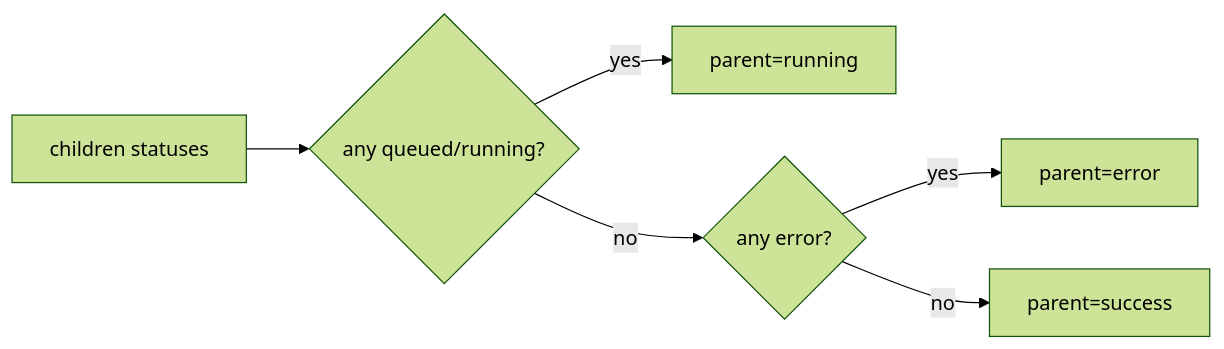
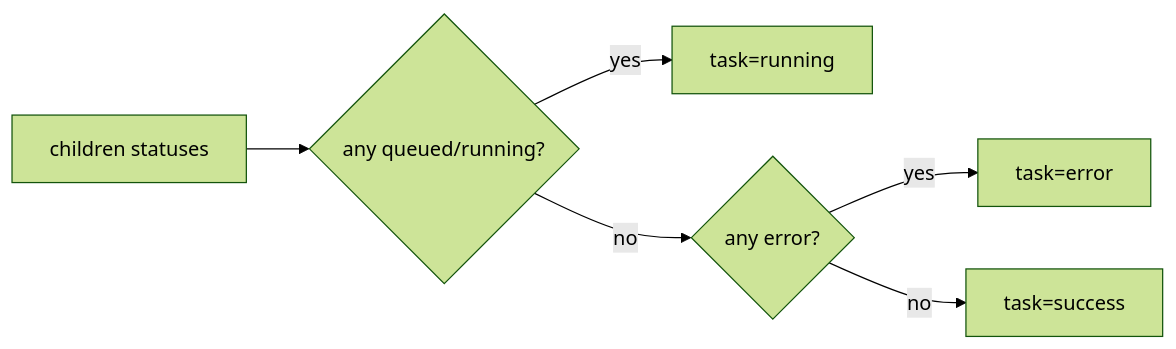
One commit to ZUENS2020/Sherpa changed the fourth of 5 diagrams in README.md. Above: the diagram before and after it, drawn with Mermaid (forest theme). The commit also changed other lines of this file and 8 other files, not shown here.

````diff
--- a/README.md
+++ b/README.md
@@ -136,8 +83,8 @@
 ```mermaid
 flowchart LR
-  C["children statuses"] --> G{"any queued/running?"}
-  G -->|yes| SR["parent=running"]
-  G -->|no| E{"any error?"}
-  E -->|yes| SE["parent=error"]
-  E -->|no| SS["parent=success"]
+  C["children statuses"] --> Q{"any queued/running?"}
+  Q -->|"yes"| RS["task=running"]
+  Q -->|"no"| ER{"any error?"}
+  ER -->|"yes"| RE["task=error"]
+  ER -->|"no"| OK["task=success"]
 ```
````
